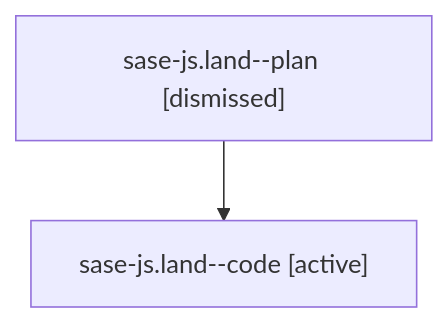
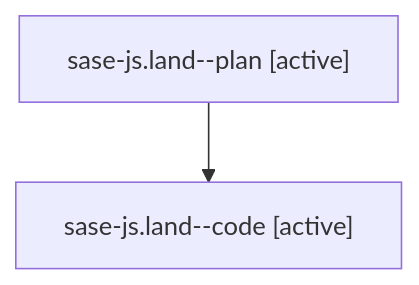
Before and after one commit to sase-org/sase--agents: the diagram in families/bbugyi200.athena.sase-js.land.md, drawn with Mermaid. The commit also changed other lines of this file and 35830 other files, not shown here.

````diff
--- a/families/bbugyi200.athena.sase-js.land.md
+++ b/families/bbugyi200.athena.sase-js.land.md
@@ -9,6 +9,6 @@
 ```mermaid
 flowchart TD
-  n0["sase-js.land--plan [dismissed]"]
+  n0["sase-js.land--plan [active]"]
   n1["sase-js.land--code [active]"]
   n0 --> n1
 ```
````
